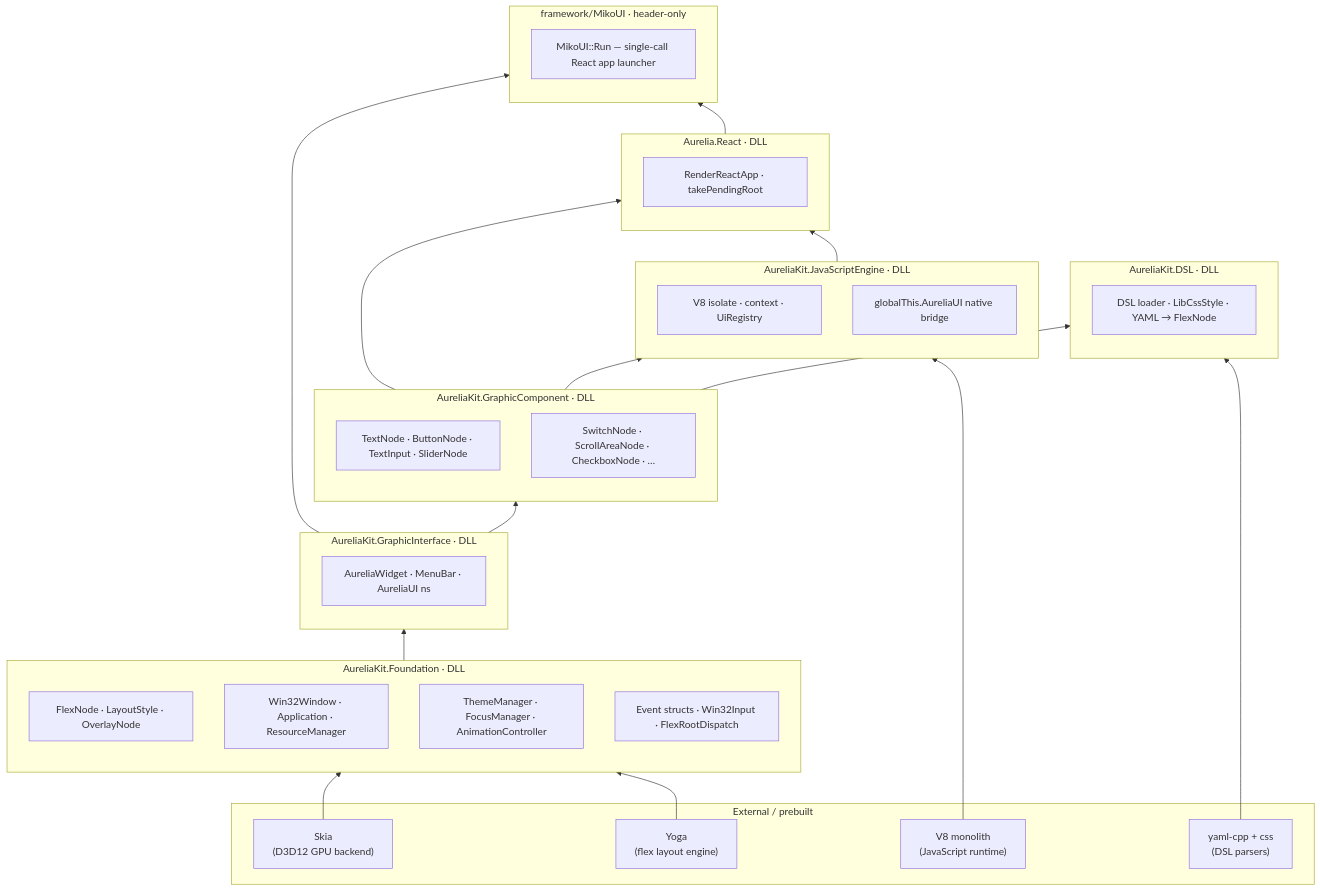
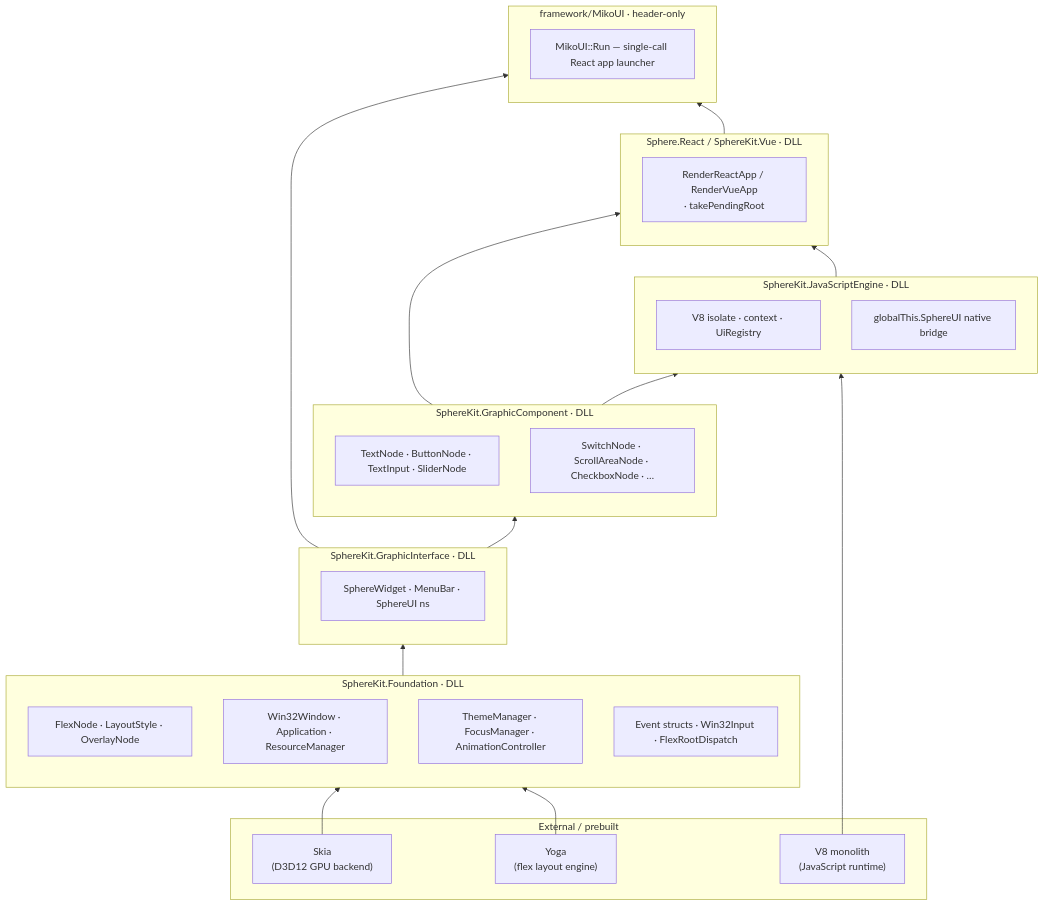
The first of 4 diagrams in README.md (arizkami/MochiUI), drawn with Mermaid before and after one commit. The commit also changed other lines of this file and 233 other files, not shown here.

````diff
--- a/README.md
+++ b/README.md
@@ -13,56 +13,49 @@
 ```mermaid
 flowchart BT
   subgraph ext [External / prebuilt]
     skia["Skia\n(D3D12 GPU backend)"]
     yoga["Yoga\n(flex layout engine)"]
     v8["V8 monolith\n(JavaScript runtime)"]
-    yaml["yaml-cpp + css\n(DSL parsers)"]
   end
 
-  subgraph core [AureliaKit.Foundation  ·  DLL]
+  subgraph core [SphereKit.Foundation  ·  DLL]
     direction TB
     foundA["FlexNode · LayoutStyle · OverlayNode"]
     foundB["Win32Window · Application · ResourceManager"]
     foundC["ThemeManager · FocusManager · AnimationController"]
     foundD["Event structs · Win32Input · FlexRootDispatch"]
   end
 
-  subgraph gi [AureliaKit.GraphicInterface  ·  DLL]
-    giA["AureliaWidget · MenuBar · AureliaUI ns"]
+  subgraph gi [SphereKit.GraphicInterface  ·  DLL]
+    giA["SphereWidget · MenuBar · SphereUI ns"]
   end
 
-  subgraph gc [AureliaKit.GraphicComponent  ·  DLL]
+  subgraph gc [SphereKit.GraphicComponent  ·  DLL]
     gcA["TextNode · ButtonNode · TextInput · SliderNode"]
     gcB["SwitchNode · ScrollAreaNode · CheckboxNode · …"]
   end
 
-  subgraph dsl [AureliaKit.DSL  ·  DLL]
-    dslA["DSL loader · LibCssStyle · YAML → FlexNode"]
+  subgraph jse [SphereKit.JavaScriptEngine  ·  DLL]
+    jseA["V8 isolate · context · UiRegistry"]
+    jseB["globalThis.SphereUI native bridge"]
   end
 
-  subgraph jse [AureliaKit.JavaScriptEngine  ·  DLL]
-    jseA["V8 isolate · context · UiRegistry"]
-    jseB["globalThis.AureliaUI native bridge"]
-  end
-
-  subgraph react [Aurelia.React  ·  DLL]
-    reactA["RenderReactApp · takePendingRoot"]
+  subgraph jsui [Sphere.React / SphereKit.Vue  ·  DLL]
+    reactA["RenderReactApp / RenderVueApp\n· takePendingRoot"]
   end
 
   subgraph fw [framework/MikoUI  ·  header-only]
     mikoA["MikoUI::Run — single-call React app launcher"]
   end
 
   skia  --> core
   yoga  --> core
   core  --> gi
   gi    --> gc
-  gc    --> dsl
   gc    --> jse
   v8    --> jse
-  yaml  --> dsl
-  jse   --> react
-  gc    --> react
-  react --> fw
+  jse   --> jsui
+  gc    --> jsui
+  jsui  --> fw
   gi    --> fw
 ```
````
